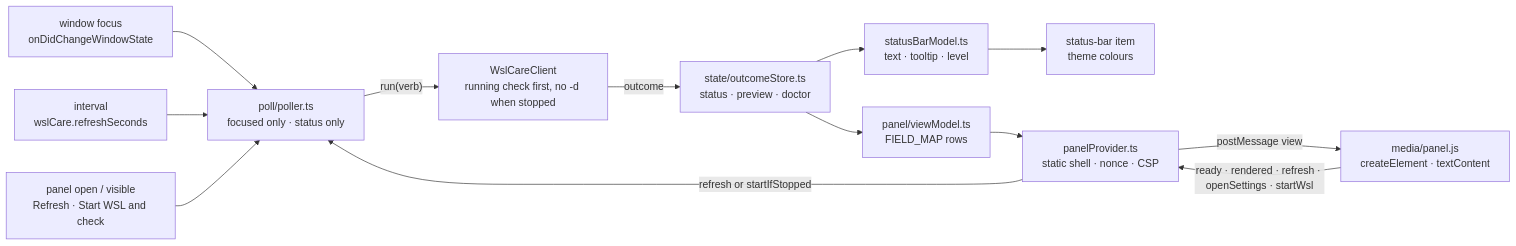
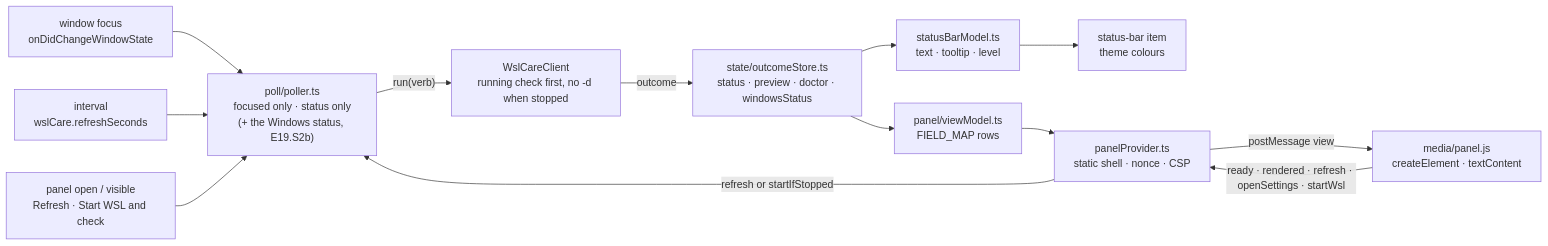
The fourth of 7 diagrams in research/module_vs_code.md (oleksandrdubyna88/wsl_care), drawn with Mermaid before and after one commit. The commit also changed other lines of this file and 25 other files, not shown here.

First line of the commit message:
feat(extension): the Windows status read of the bundled exe, its own outcome slot, read on the poll tick (E19.S2b)

````diff
--- a/research/module_vs_code.md
+++ b/research/module_vs_code.md
@@ -464,25 +464,25 @@
 ```mermaid
 flowchart LR
     focus["window focus<br/>onDidChangeWindowState"]
     timer["interval<br/>wslCare.refreshSeconds"]
     panelOpen["panel open / visible<br/>Refresh · Start WSL and check"]
-    poller["poll/poller.ts<br/>focused only · status only"]
+    poller["poll/poller.ts<br/>focused only · status only<br/>(+ the Windows status, E19.S2b)"]
     client["WslCareClient<br/>running check first, no -d when stopped"]
-    store["state/outcomeStore.ts<br/>status · preview · doctor"]
+    store["state/outcomeStore.ts<br/>status · preview · doctor · windowsStatus"]
     barModel["statusBarModel.ts<br/>text · tooltip · level"]
     bar["status-bar item<br/>theme colours"]
     vm["panel/viewModel.ts<br/>FIELD_MAP rows"]
     provider["panelProvider.ts<br/>static shell · nonce · CSP"]
     page["media/panel.js<br/>createElement · textContent"]
 
     focus --> poller
     timer --> poller
     panelOpen --> poller
     poller -->|"run(verb)"| client
     client -->|"outcome"| store
     store --> barModel --> bar
     store --> vm --> provider
     provider -->|"postMessage view"| page
     page -->|"ready · rendered · refresh · openSettings · startWsl"| provider
     provider -->|"refresh or startIfStopped"| poller
 ```
````
